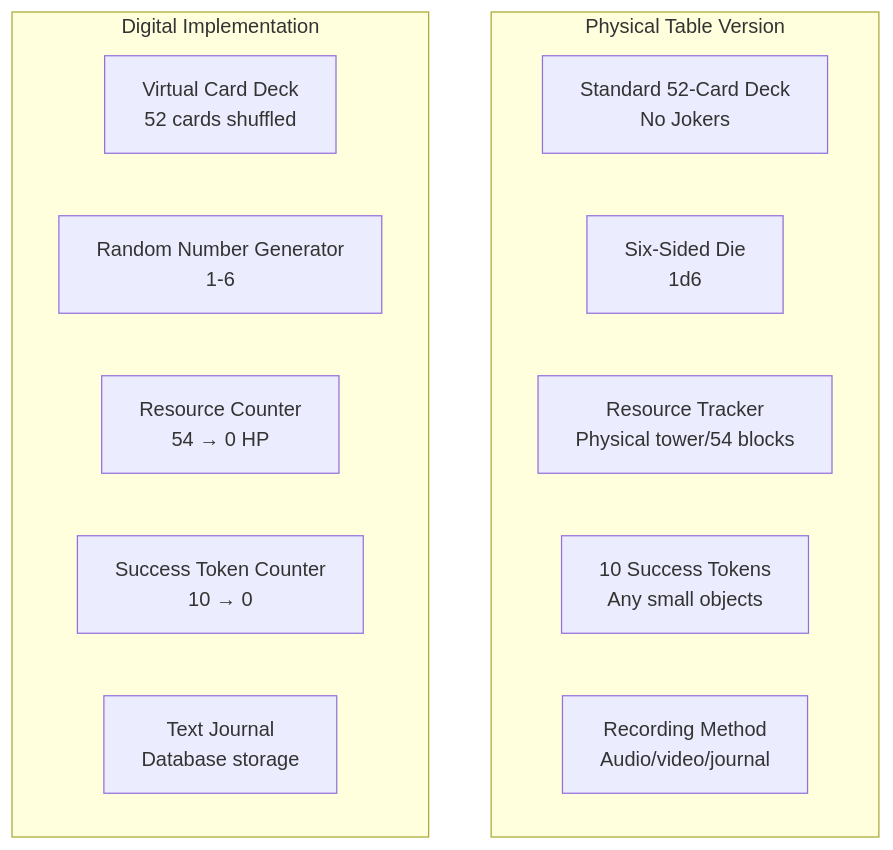
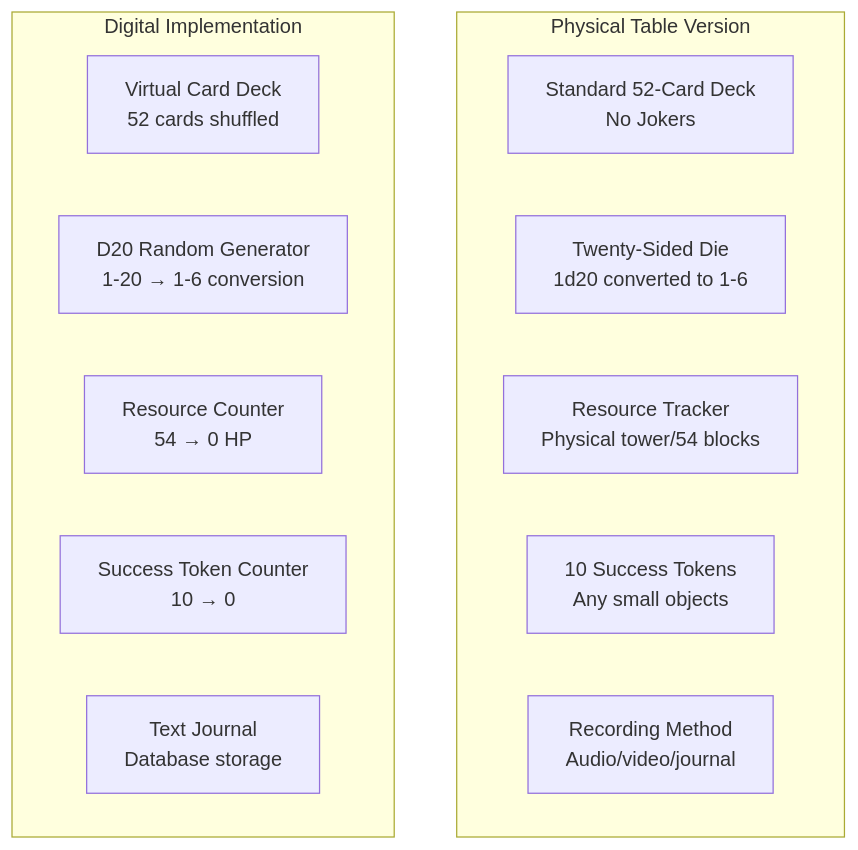
The first of 13 diagrams in docs/wretched-alone-mechanics-guide.md (dimm-city/dc-solo-rpg), drawn with Mermaid before and after one commit. The commit also changed other lines of this file and 7 other files, not shown here.

````diff
--- a/docs/wretched-alone-mechanics-guide.md
+++ b/docs/wretched-alone-mechanics-guide.md
@@ -61,18 +79,18 @@
 ```mermaid
 graph TB
     subgraph Physical["Physical Table Version"]
         A[Standard 52-Card Deck<br/>No Jokers]
-        B[Six-Sided Die<br/>1d6]
+        B[Twenty-Sided Die<br/>1d20 converted to 1-6]
         C[Resource Tracker<br/>Physical tower/54 blocks]
         D[10 Success Tokens<br/>Any small objects]
         E[Recording Method<br/>Audio/video/journal]
     end
 
     subgraph Digital["Digital Implementation"]
         A2[Virtual Card Deck<br/>52 cards shuffled]
-        B2[Random Number Generator<br/>1-6]
+        B2[D20 Random Generator<br/>1-20 → 1-6 conversion]
         C2[Resource Counter<br/>54 → 0 HP]
         D2[Success Token Counter<br/>10 → 0]
         E2[Text Journal<br/>Database storage]
     end
 ```
````
